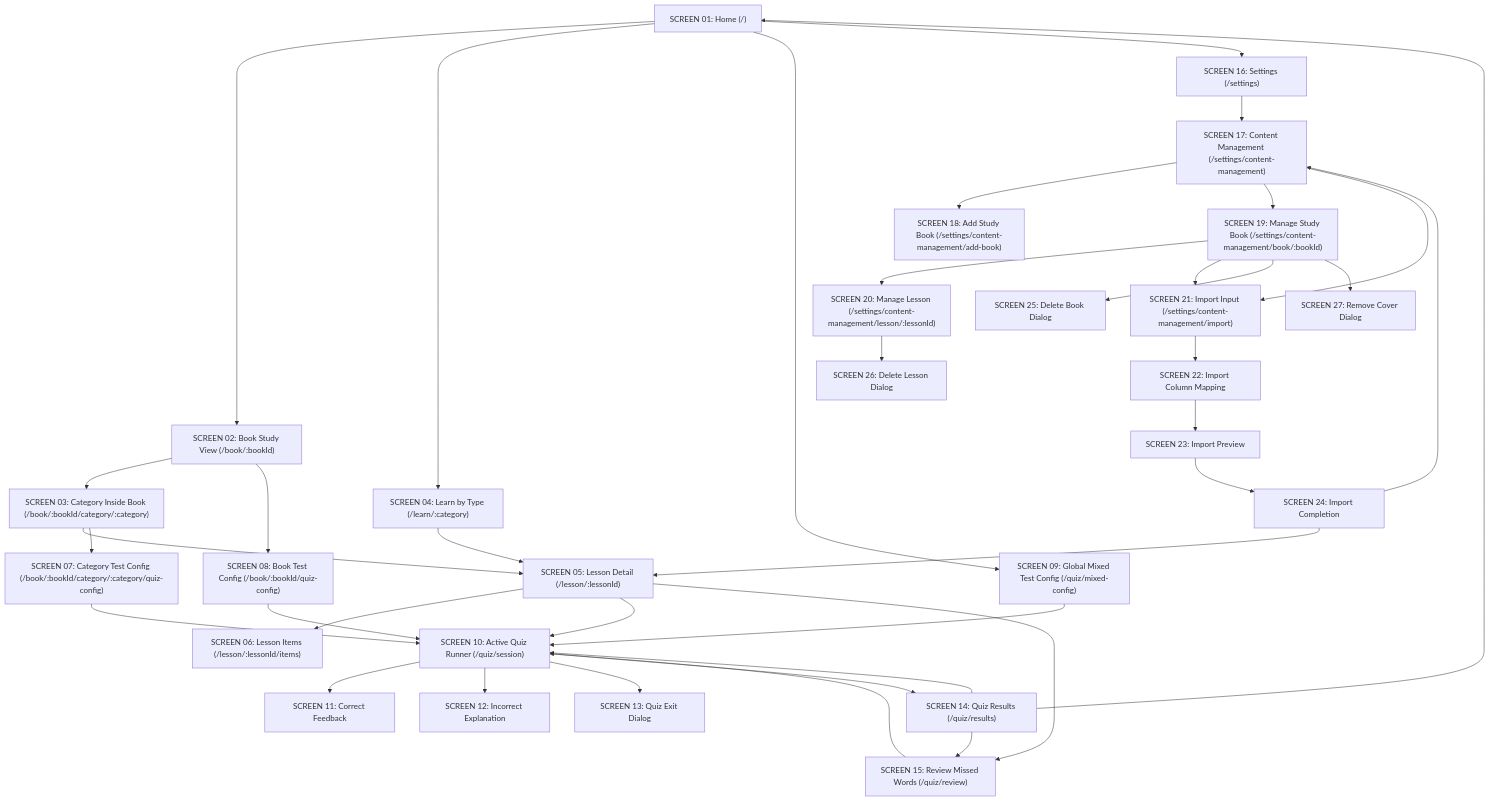
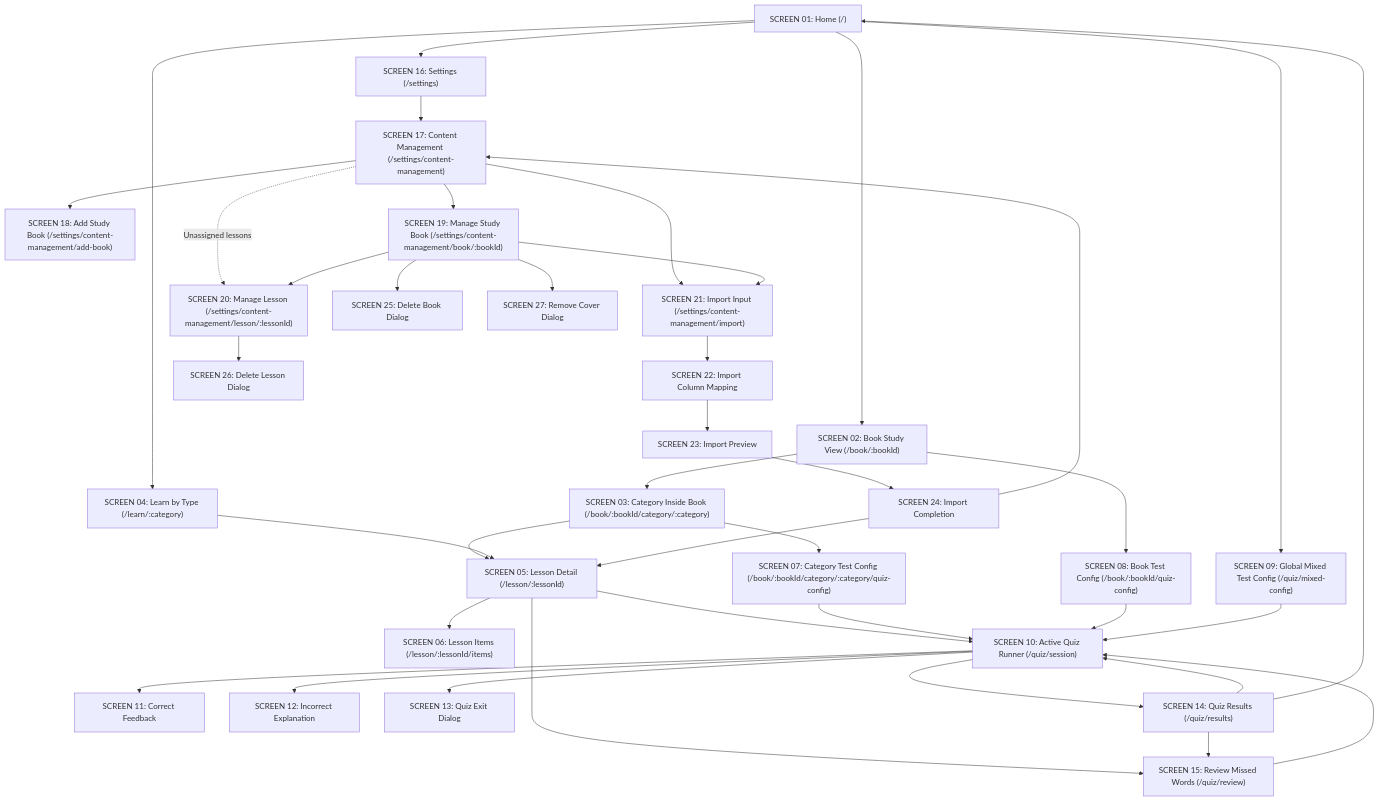
One commit to SCuong/Tango changed the diagram in docs/SCREEN_SPEC.md. Above: the diagram before and after it, drawn with Mermaid. The commit also changed other lines of this file and 3 other files, not shown here.

Commit message:
docs: fix quiz deduplication and unassigned lesson management

```diff
--- a/docs/SCREEN_SPEC.md
+++ b/docs/SCREEN_SPEC.md
@@ -136,6 +136,7 @@
     ContentMgmt --> AddBook
     ContentMgmt --> ManageBook
     ContentMgmt --> ImportInput
+    ContentMgmt -.->|Unassigned lessons| ManageLesson
 
     ManageBook --> ManageLesson
     ManageBook --> ImportInput
```
